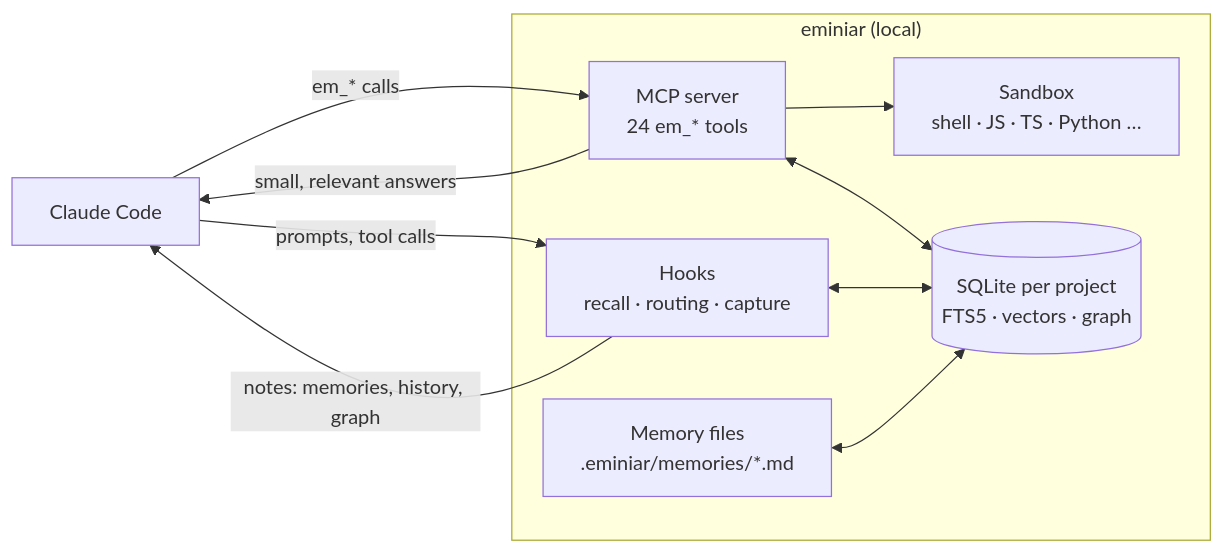
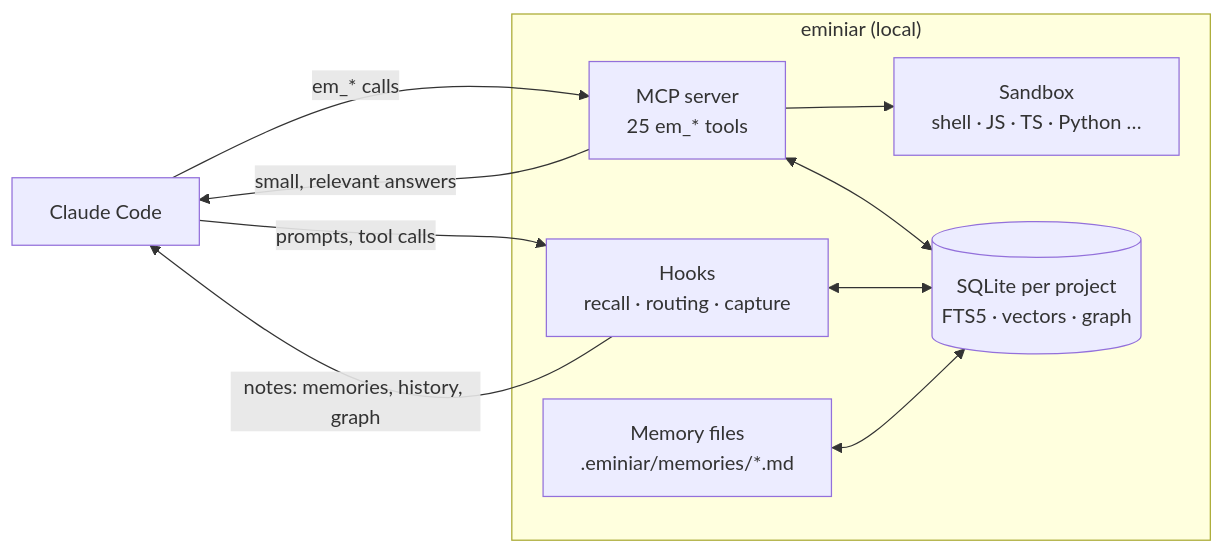
Before and after one commit to rydn/eminiar: the diagram in README.md, drawn with Mermaid. The commit also changed other lines of this file and 9 other files, not shown here.

````diff
--- a/README.md
+++ b/README.md
@@ -240,19 +252,19 @@
 ```mermaid
 flowchart LR
     CC["Claude Code"]
     subgraph eminiar ["eminiar (local)"]
         H["Hooks<br/>recall · routing · capture"]
-        S["MCP server<br/>24 em_* tools"]
+        S["MCP server<br/>25 em_* tools"]
         SB["Sandbox<br/>shell · JS · TS · Python …"]
         DB[("SQLite per project<br/>FTS5 · vectors · graph")]
         M["Memory files<br/>.eminiar/memories/*.md"]
     end
     CC -->|prompts, tool calls| H
     H -->|notes: memories, history, graph| CC
     CC -->|em_* calls| S
     S -->|small, relevant answers| CC
     S --> SB
     S <--> DB
     H <--> DB
     M <--> DB
 ```
````
